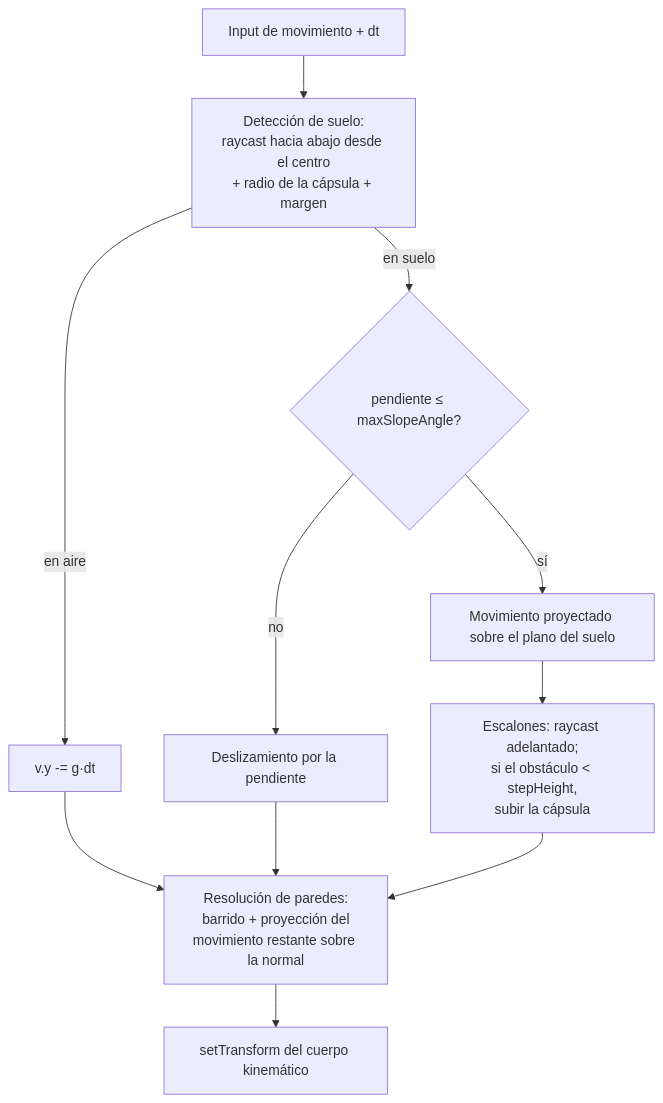
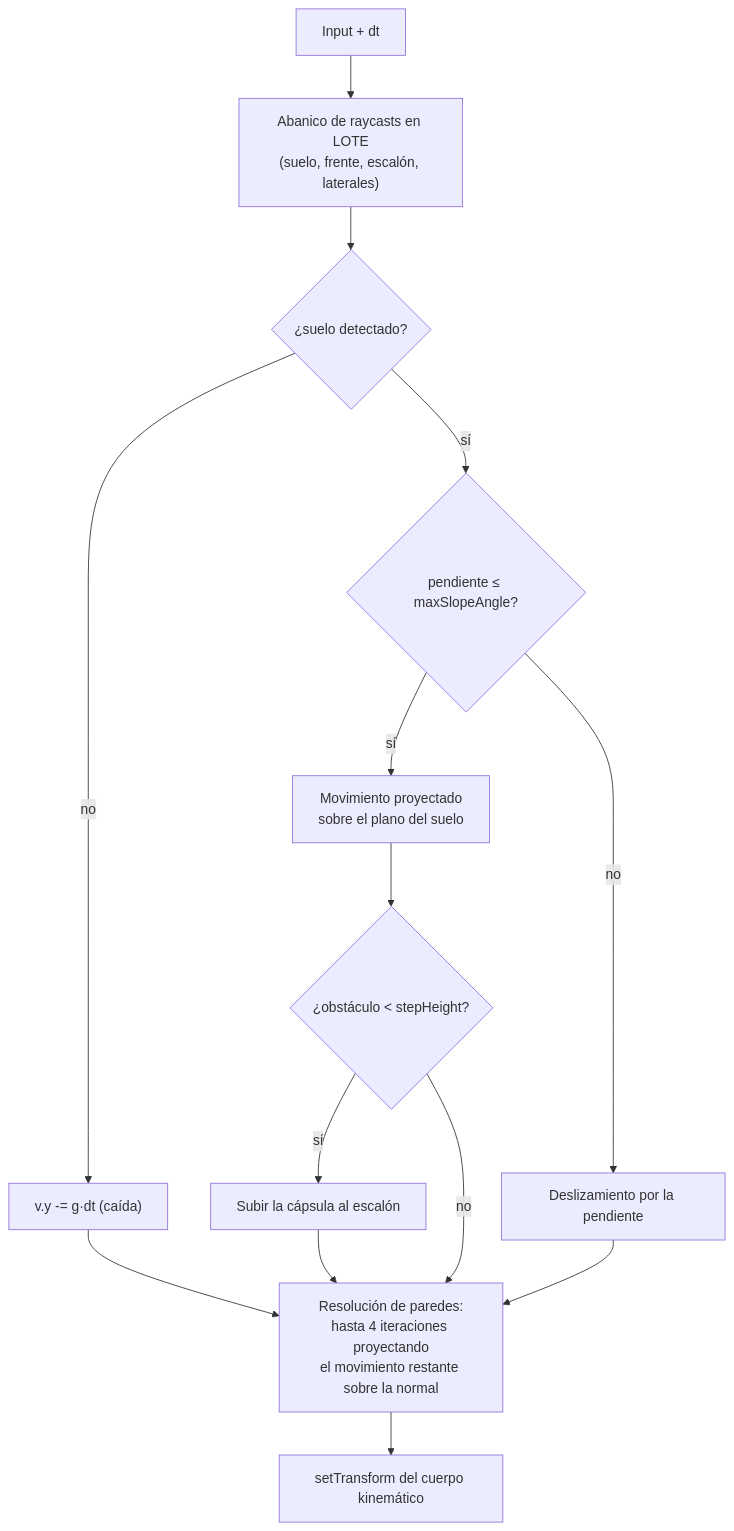
One commit to jabc585/Juego-Drone changed the third of 8 diagrams in grafico.md. Above: the diagram before and after it, drawn with Mermaid. The commit also changed other lines of this file, not shown here.

````diff
--- a/grafico.md
+++ b/grafico.md
@@ -539,13 +749,16 @@
 ```mermaid
 flowchart TD
-    IN["Input de movimiento + dt"] --> GND["Detección de suelo:<br/>raycast hacia abajo desde el centro<br/>+ radio de la cápsula + margen"]
-    GND -->|en suelo| SLOPE{"pendiente ≤ maxSlopeAngle?"}
-    GND -->|en aire| GRAV["v.y -= g·dt"]
-    SLOPE -->|sí| MOVE["Movimiento proyectado sobre el plano del suelo"]
+    IN["Input + dt"] --> BATCH["Abanico de raycasts en LOTE<br/>(suelo, frente, escalón, laterales)"]
+    BATCH --> GND{"¿suelo detectado?"}
+    GND -->|no| GRAV["v.y -= g·dt (caída)"]
+    GND -->|sí| SLOPE{"pendiente ≤ maxSlopeAngle?"}
+    SLOPE -->|sí| MOVE["Movimiento proyectado<br/>sobre el plano del suelo"]
     SLOPE -->|no| SLIDE["Deslizamiento por la pendiente"]
-    MOVE --> STEP["Escalones: raycast adelantado;<br/>si el obstáculo < stepHeight,<br/>subir la cápsula"]
-    GRAV --> COLLIDE
-    SLIDE --> COLLIDE
-    STEP --> COLLIDE["Resolución de paredes:<br/>barrido + proyección del<br/>movimiento restante sobre la normal"]
-    COLLIDE --> APPLY["setTransform del cuerpo kinemático"]
+    MOVE --> STEP{"¿obstáculo < stepHeight?"}
+    STEP -->|sí| UP["Subir la cápsula al escalón"]
+    STEP -->|no| WALL
+    GRAV --> WALL
+    SLIDE --> WALL
+    UP --> WALL["Resolución de paredes:<br/>hasta 4 iteraciones proyectando<br/>el movimiento restante sobre la normal"]
+    WALL --> APPLY["setTransform del cuerpo kinemático"]
 ```
````
